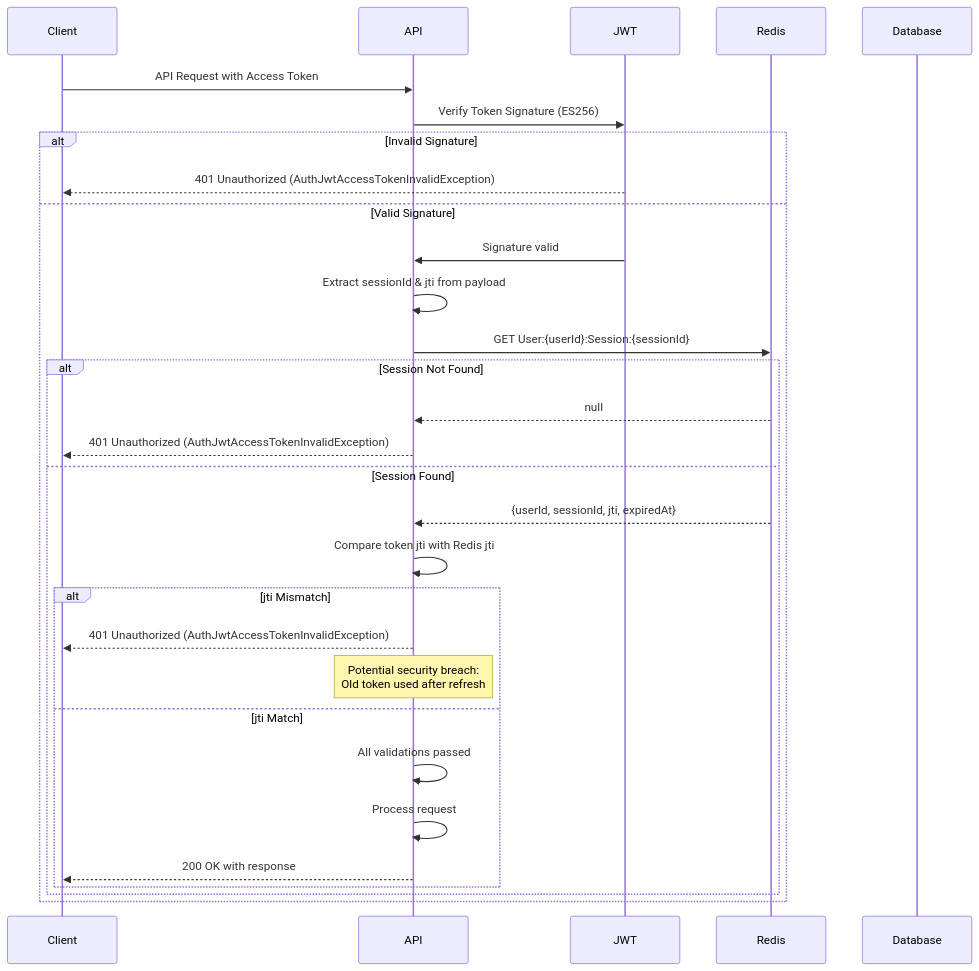
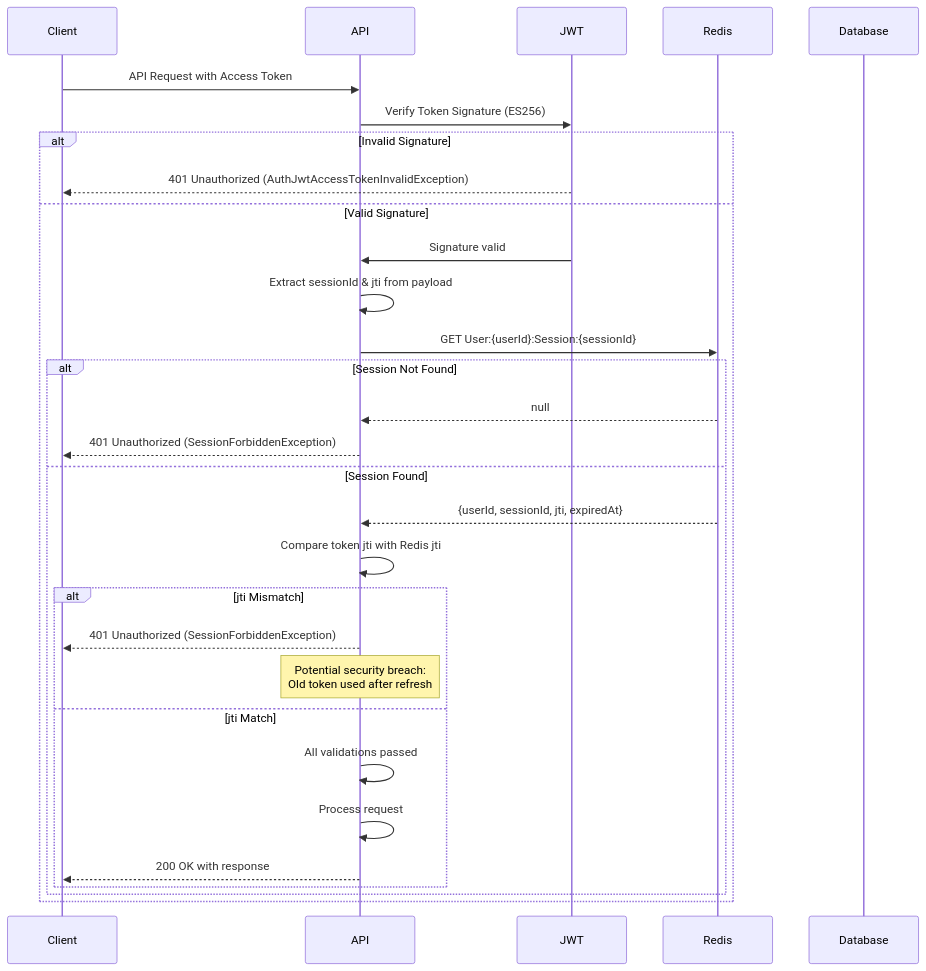
The ninth of 9 diagrams in docs/authentication.md (andrechristikan/ack-nestjs-boilerplate), drawn with Mermaid before and after one commit. The commit also changed other lines of this file and 31 other files, not shown here.

````diff
--- a/docs/authentication.md
+++ b/docs/authentication.md
@@ -1251,39 +1250,39 @@
 ```mermaid
 sequenceDiagram
     participant Client
     participant API
     participant JWT
     participant Redis
     participant Database
 
     Client->>API: API Request with Access Token
     
     API->>JWT: Verify Token Signature (ES256)
     alt Invalid Signature
         JWT-->>Client: 401 Unauthorized (AuthJwtAccessTokenInvalidException)
     else Valid Signature
         JWT->>API: Signature valid
         
         API->>API: Extract sessionId & jti from payload
         
         API->>Redis: GET User:{userId}:Session:{sessionId}
         
         alt Session Not Found
             Redis-->>API: null
-            API-->>Client: 401 Unauthorized (AuthJwtAccessTokenInvalidException)
+            API-->>Client: 401 Unauthorized (SessionForbiddenException)
         else Session Found
             Redis-->>API: {userId, sessionId, jti, expiredAt}
             
             API->>API: Compare token jti with Redis jti
             
             alt jti Mismatch
-                API-->>Client: 401 Unauthorized (AuthJwtAccessTokenInvalidException)
+                API-->>Client: 401 Unauthorized (SessionForbiddenException)
                 Note over API: Potential security breach:<br/>Old token used after refresh
             else jti Match
                 API->>API: All validations passed
                 API->>API: Process request
                 API-->>Client: 200 OK with response
             end
         end
     end
 ```
````
